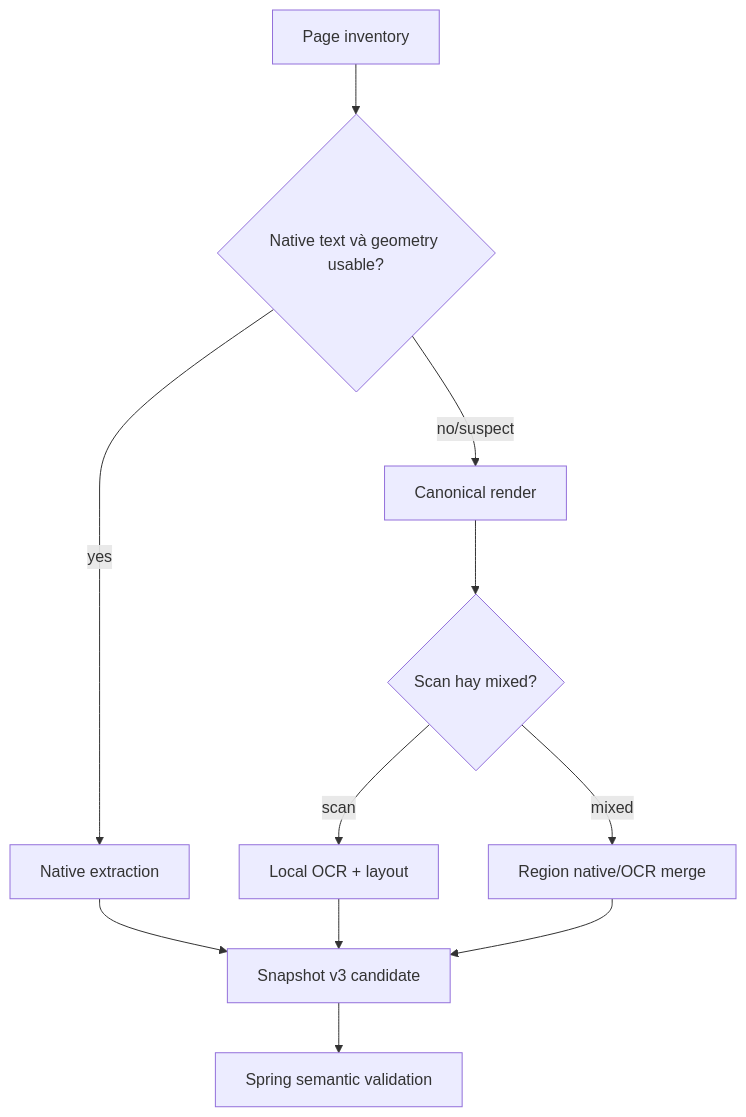
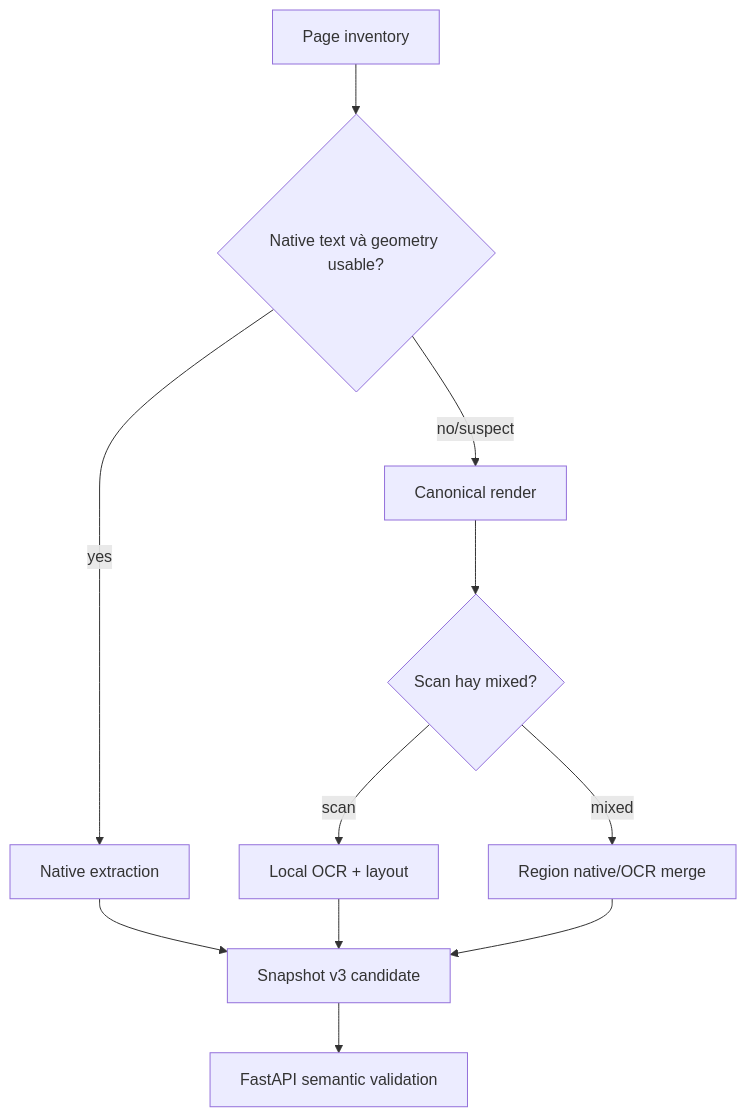
The tenth of 31 diagrams in docs/DOC-04-architecture.md (AI20K-VGR/contract-intelligence-core), drawn with Mermaid before and after one commit. The commit also changed other lines of this file and 16 other files, not shown here.

First line of the commit message:
docs(repo): align stack to FastAPI backend-push, fix cross-document contract gaps

````diff
--- a/docs/DOC-04-architecture.md
+++ b/docs/DOC-04-architecture.md
@@ -230,13 +274,13 @@
 ```mermaid
 flowchart TD
   PAGE[Page inventory] --> Q{Native text và geometry usable?}
   Q -->|yes| N[Native extraction]
   Q -->|no/suspect| R[Canonical render]
   R --> T{Scan hay mixed?}
   T -->|scan| O[Local OCR + layout]
   T -->|mixed| M[Region native/OCR merge]
   N --> SNAP[Snapshot v3 candidate]
   O --> SNAP
   M --> SNAP
-  SNAP --> VALID[Spring semantic validation]
+  SNAP --> VALID[FastAPI semantic validation]
 ```
````
